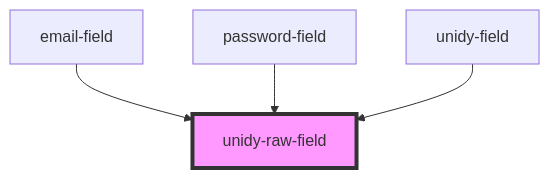
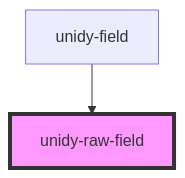
One commit to UnidyID/unidy-sdk changed the diagram in packages/auth/src/components/profile/unidy-raw-field/readme.md. Above: the diagram before and after it, drawn with Mermaid. The commit also changed other lines of this file and 7 other files, not shown here.

````diff
--- a/packages/auth/src/components/profile/unidy-raw-field/readme.md
+++ b/packages/auth/src/components/profile/unidy-raw-field/readme.md
@@ -42,7 +39,5 @@
 ```mermaid
 graph TD;
-  email-field --> unidy-raw-field
-  password-field --> unidy-raw-field
   unidy-field --> unidy-raw-field
   style unidy-raw-field fill:#f9f,stroke:#333,stroke-width:4px
 ```
````
